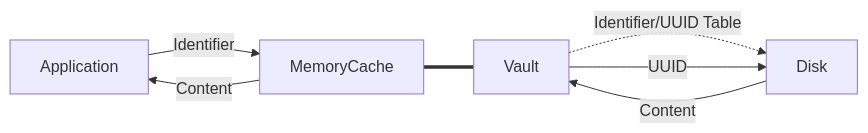
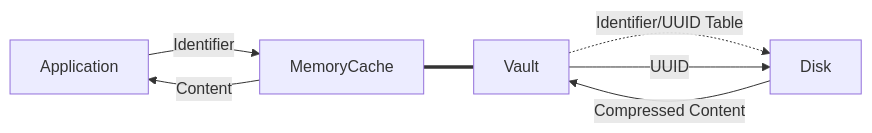
The diagram in README.md (mkaraki/JsonVault), drawn with Mermaid before and after one commit.

````diff
--- a/README.md
+++ b/README.md
@@ -6,10 +6,10 @@
 ```mermaid
 graph LR;
   Application-- Identifier -->MemoryCache
   MemoryCache-- Content -->Application
   MemoryCache === Vault
   
   Vault -. Identifier/UUID Table .-> Disk
   Vault-- UUID -->Disk
-  Disk-- Content -->Vault
+  Disk-- Compressed Content -->Vault
 ```
````
